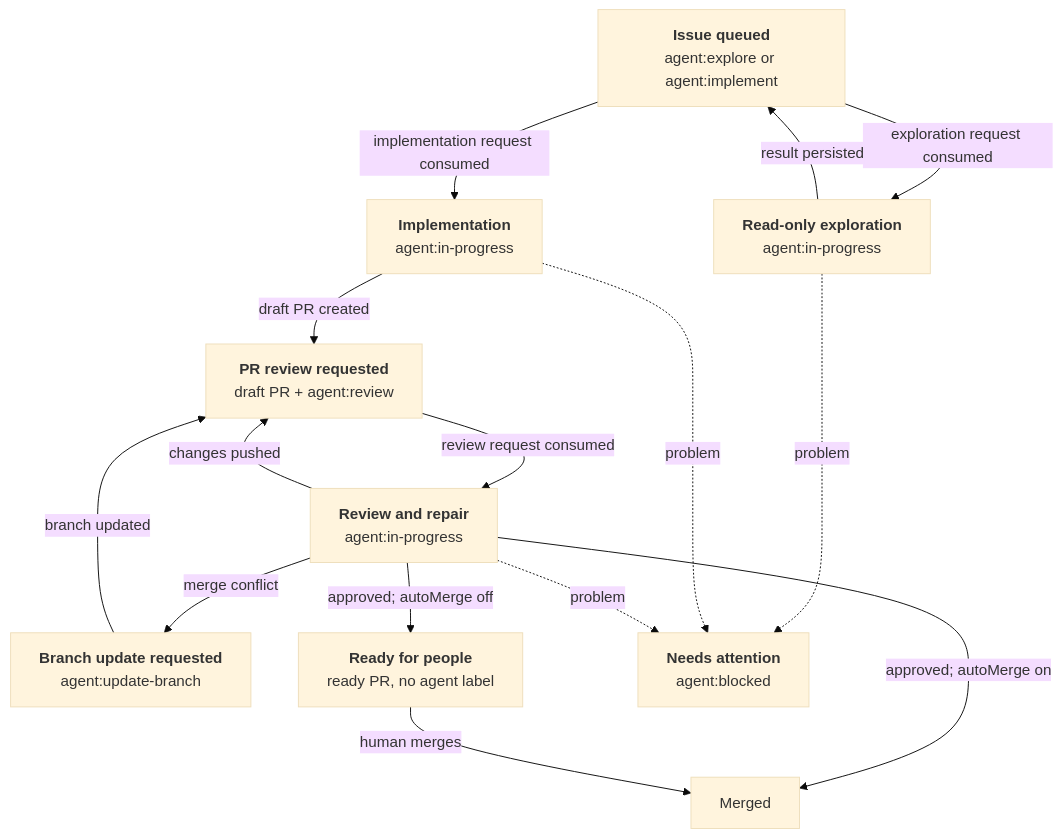
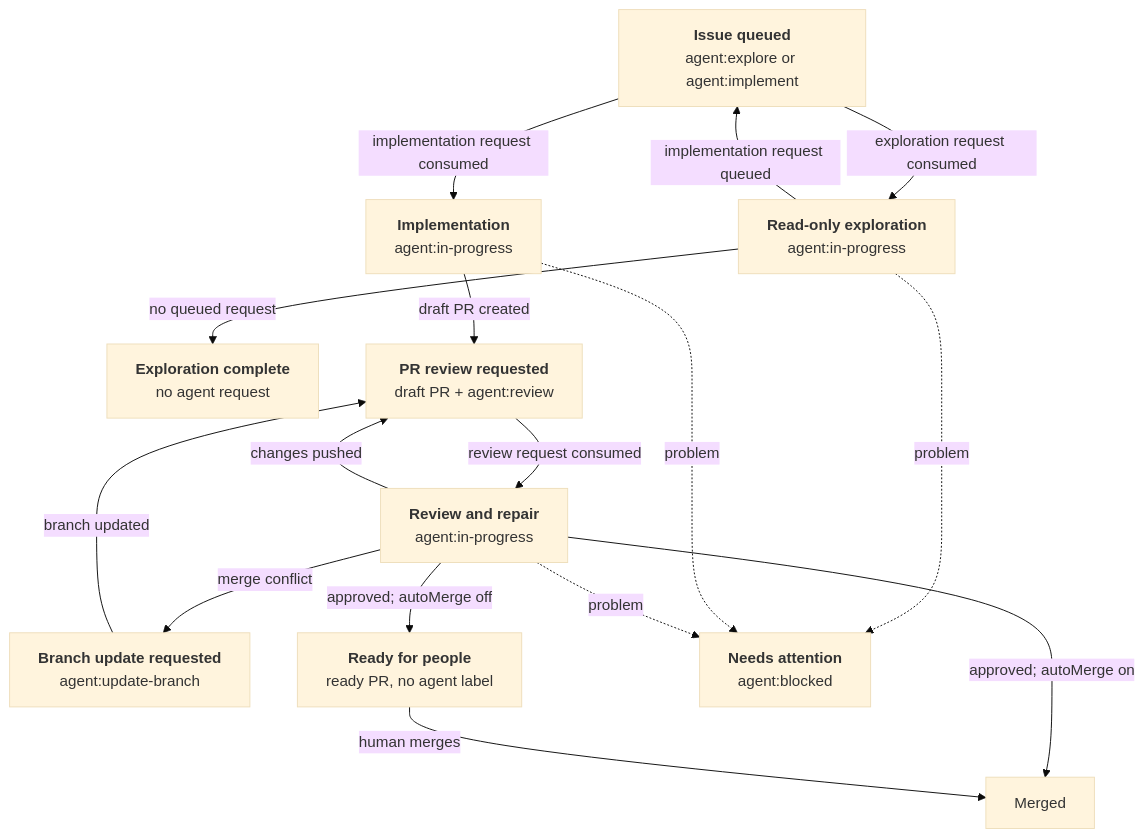
The diagram in README.md (yasuhito/deadloop), drawn with Mermaid (base theme) before and after one commit. The commit also changed 13 other files, not shown here.

````diff
--- a/README.md
+++ b/README.md
@@ -52,35 +52,38 @@
 ```mermaid
 flowchart TD
     I["`**Issue queued**
     agent:explore or agent:implement`"]
     E["`**Read-only exploration**
     agent:in-progress`"]
+    X["`**Exploration complete**
+    no agent request`"]
     W["`**Implementation**
     agent:in-progress`"]
     R["`**PR review requested**
     draft PR + agent:review`"]
     V["`**Review and repair**
     agent:in-progress`"]
     U["`**Branch update requested**
     agent:update-branch`"]
     H["`**Ready for people**
     ready PR, no agent label`"]
     M["Merged"]
     B["`**Needs attention**
     agent:blocked`"]
 
     I -->|exploration request consumed| E
-    E -->|result persisted| I
+    E -->|implementation request queued| I
+    E -->|no queued request| X
     E -. problem .-> B
     I -->|implementation request consumed| W
     W -->|draft PR created| R
     R -->|review request consumed| V
     V -->|changes pushed| R
     V -->|merge conflict| U
     U -->|branch updated| R
     V -->|approved; autoMerge off| H
     V -->|approved; autoMerge on| M
     H -->|human merges| M
     W -. problem .-> B
     V -. problem .-> B
 ```
````
